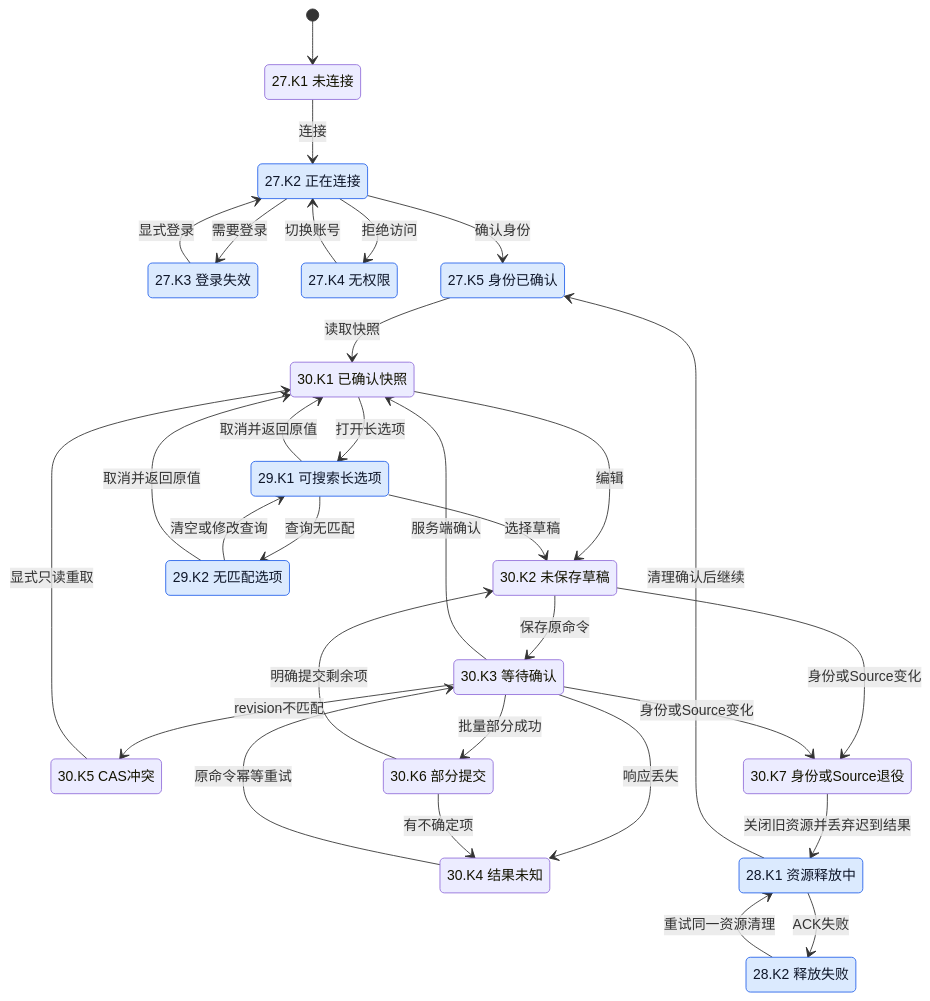
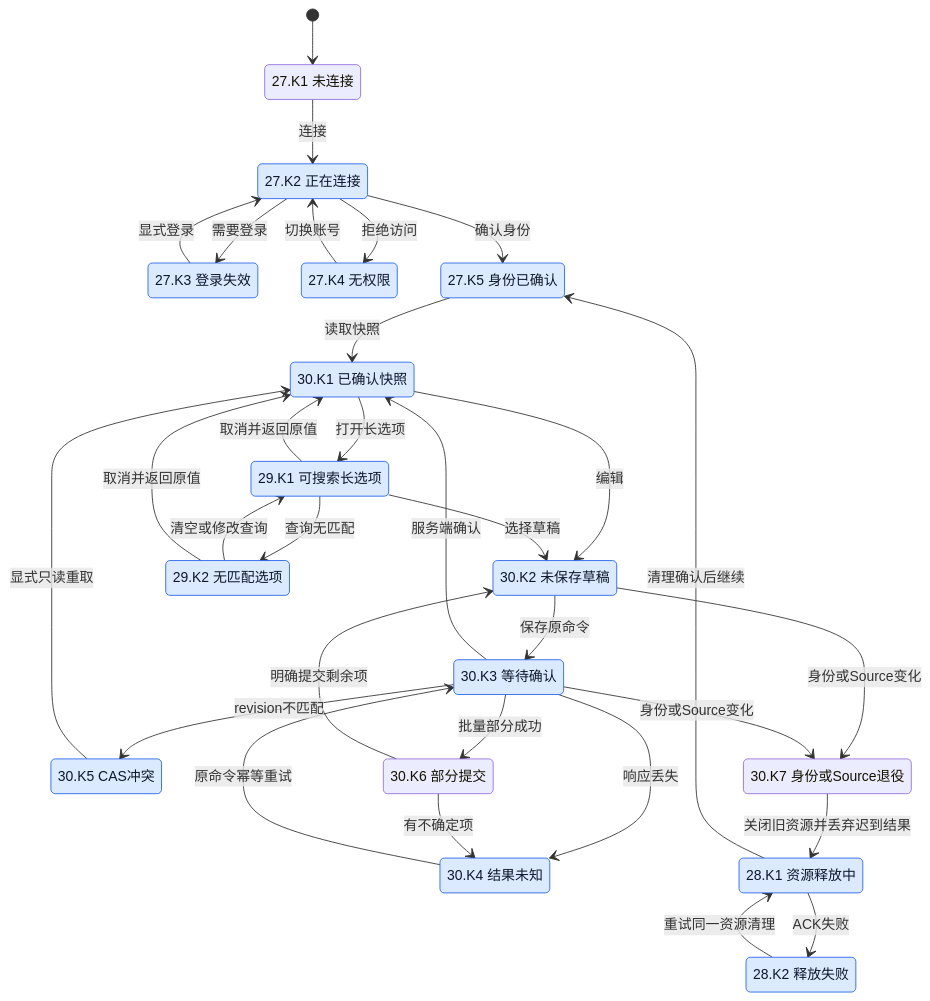
Before and after one commit to Wybxc/karuyomi: the seventh of 21 diagrams in docs/verification/mihon-state-coverage.md, drawn with Mermaid. The commit also changed other lines of this file and 4 other files, not shown here.

````diff
--- a/docs/verification/mihon-state-coverage.md
+++ b/docs/verification/mihon-state-coverage.md
@@ -815,51 +815,51 @@
 ```mermaid
 stateDiagram-v2
     [*] --> K0
     state "27.K1 未连接" as K0
     state "27.K2 正在连接" as K1
     state "27.K3 登录失效" as K2
     state "27.K4 无权限" as K3
     state "27.K5 身份已确认" as K4
     state "30.K1 已确认快照" as K5
     state "30.K2 未保存草稿" as K6
     state "30.K3 等待确认" as K7
     state "30.K4 结果未知" as K8
     state "30.K5 CAS冲突" as K9
     state "30.K6 部分提交" as K10
     state "30.K7 身份或Source退役" as K11
     state "28.K1 资源释放中" as K12
     state "28.K2 释放失败" as K13
     state "29.K1 可搜索长选项" as Q0
     state "29.K2 无匹配选项" as Q1
     K0 --> K1: 连接
     K1 --> K2: 需要登录
     K1 --> K3: 拒绝访问
     K1 --> K4: 确认身份
     K2 --> K1: 显式登录
     K3 --> K1: 切换账号
     K4 --> K5: 读取快照
     K5 --> K6: 编辑
     K6 --> K7: 保存原命令
     K7 --> K5: 服务端确认
     K7 --> K8: 响应丢失
     K8 --> K7: 原命令幂等重试
     K7 --> K9: revision不匹配
     K9 --> K5: 显式只读重取
     K7 --> K10: 批量部分成功
     K10 --> K8: 有不确定项
     K10 --> K6: 明确提交剩余项
     K6 --> K11: 身份或Source变化
     K7 --> K11: 身份或Source变化
     K11 --> K12: 关闭旧资源并丢弃迟到结果
     K12 --> K13: ACK失败
     K13 --> K12: 重试同一资源清理
     K12 --> K4: 清理确认后继续
     K5 --> Q0: 打开长选项
     Q0 --> Q1: 查询无匹配
     Q1 --> Q0: 清空或修改查询
     Q0 --> K6: 选择草稿
     Q0 --> K5: 取消并返回原值
     Q1 --> K5: 取消并返回原值
     classDef paired fill:#dbeafe,stroke:#2563eb,color:#0f172a
-    class K1,K2,K3,K4,K12,K13,Q0,Q1 paired
+    class K1,K2,K3,K4,K5,K6,K7,K8,K9,K12,K13,Q0,Q1 paired
 ```
````
